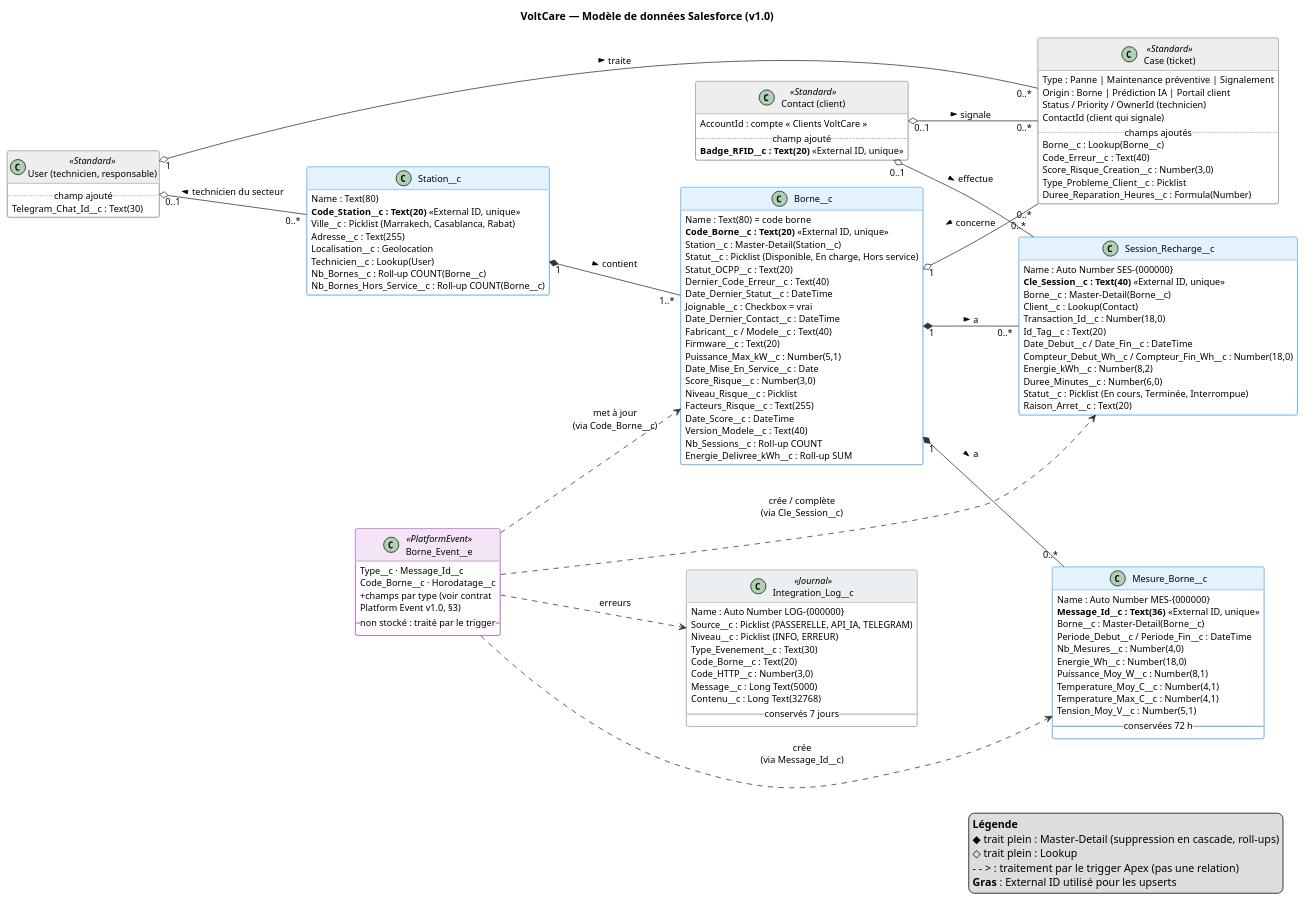
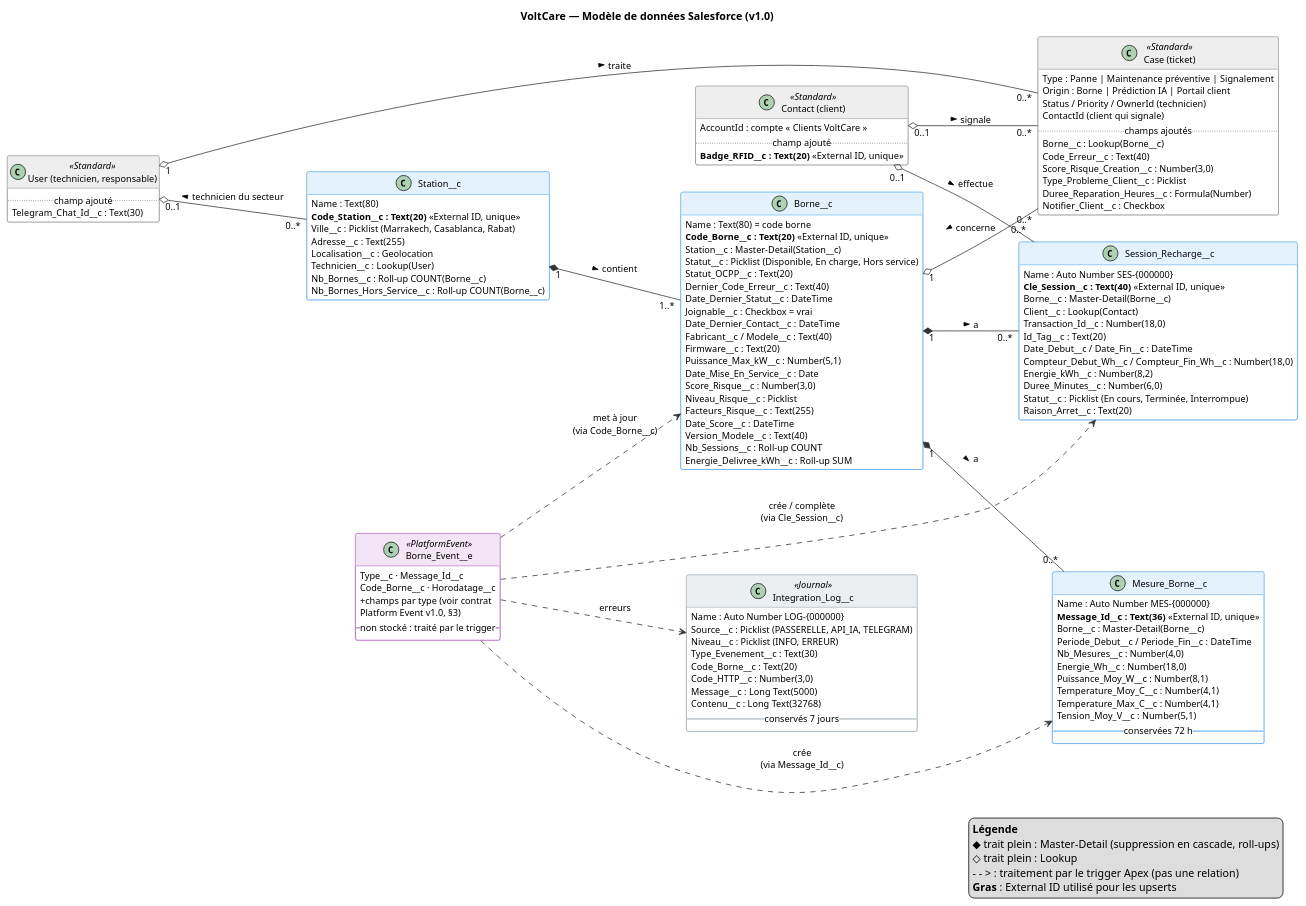
One commit to Bahaeeddine15/voltcare changed the diagram in docs/conception/modele-donnees.puml. Above: the diagram before and after it, drawn with PlantUML. The commit also changed 11 other files, not shown here.

Commit message:
VC-20 à VC-23 : diagrammes de séquence + dictionnaire v1.1 (#9)

```diff
--- a/docs/conception/modele-donnees.puml
+++ b/docs/conception/modele-donnees.puml
@@ -1,159 +1,160 @@
 @startuml modele-donnees
 ' VoltCare — Modèle de données Salesforce v1.0 (ticket S2 « Modèle de données »)
 ' Conforme aux contrats MQTT, Platform Event et API IA v1.0
 
 skinparam classAttributeIconSize 0
 skinparam shadowing false
 skinparam defaultFontName Arial
 skinparam defaultFontSize 12
 skinparam ArrowColor #333333
 skinparam class {
   BorderColor #1E88E5
   BackgroundColor #FFFFFF
   HeaderBackgroundColor #E3F2FD
 }
 skinparam class<<Standard>> {
   BorderColor #6D6D6D
   HeaderBackgroundColor #EEEEEE
 }
 skinparam class<<PlatformEvent>> {
   BorderColor #8E24AA
   HeaderBackgroundColor #F3E5F5
 }
 skinparam class<<Journal>> {
   BorderColor #78909C
   HeaderBackgroundColor #ECEFF1
 }
 hide empty methods
 left to right direction
 
 title VoltCare — Modèle de données Salesforce (v1.0)
 
 class "Station__c" as Station {
   {field} Name : Text(80)
   {field} <b>Code_Station__c : Text(20)</b> «External ID, unique»
   {field} Ville__c : Picklist (Marrakech, Casablanca, Rabat)
   {field} Adresse__c : Text(255)
   {field} Localisation__c : Geolocation
   {field} Technicien__c : Lookup(User)
   {field} Nb_Bornes__c : Roll-up COUNT(Borne__c)
   {field} Nb_Bornes_Hors_Service__c : Roll-up COUNT(Borne__c)
 }
 
 class "Borne__c" as Borne {
   {field} Name : Text(80) = code borne
   {field} <b>Code_Borne__c : Text(20)</b> «External ID, unique»
   {field} Station__c : Master-Detail(Station__c)
   {field} Statut__c : Picklist (Disponible, En charge, Hors service)
   {field} Statut_OCPP__c : Text(20)
   {field} Dernier_Code_Erreur__c : Text(40)
   {field} Date_Dernier_Statut__c : DateTime
   {field} Joignable__c : Checkbox = vrai
   {field} Date_Dernier_Contact__c : DateTime
   {field} Fabricant__c / Modele__c : Text(40)
   {field} Firmware__c : Text(20)
   {field} Puissance_Max_kW__c : Number(5,1)
   {field} Date_Mise_En_Service__c : Date
   {field} Score_Risque__c : Number(3,0)
   {field} Niveau_Risque__c : Picklist
   {field} Facteurs_Risque__c : Text(255)
   {field} Date_Score__c : DateTime
   {field} Version_Modele__c : Text(40)
   {field} Nb_Sessions__c : Roll-up COUNT
   {field} Energie_Delivree_kWh__c : Roll-up SUM
 }
 
 class "Session_Recharge__c" as Session {
   {field} Name : Auto Number SES-{000000}
   {field} <b>Cle_Session__c : Text(40)</b> «External ID, unique»
   {field} Borne__c : Master-Detail(Borne__c)
   {field} Client__c : Lookup(Contact)
   {field} Transaction_Id__c : Number(18,0)
   {field} Id_Tag__c : Text(20)
   {field} Date_Debut__c / Date_Fin__c : DateTime
   {field} Compteur_Debut_Wh__c / Compteur_Fin_Wh__c : Number(18,0)
   {field} Energie_kWh__c : Number(8,2)
   {field} Duree_Minutes__c : Number(6,0)
   {field} Statut__c : Picklist (En cours, Terminée, Interrompue)
   {field} Raison_Arret__c : Text(20)
 }
 
 class "Mesure_Borne__c" as Mesure {
   {field} Name : Auto Number MES-{000000}
   {field} <b>Message_Id__c : Text(36)</b> «External ID, unique»
   {field} Borne__c : Master-Detail(Borne__c)
   {field} Periode_Debut__c / Periode_Fin__c : DateTime
   {field} Nb_Mesures__c : Number(4,0)
   {field} Energie_Wh__c : Number(18,0)
   {field} Puissance_Moy_W__c : Number(8,1)
   {field} Temperature_Moy_C__c : Number(4,1)
   {field} Temperature_Max_C__c : Number(4,1)
   {field} Tension_Moy_V__c : Number(5,1)
   -- conservées 72 h --
 }
 
 class "Case (ticket)" as Case <<Standard>> {
   {field} Type : Panne | Maintenance préventive | Signalement
   {field} Origin : Borne | Prédiction IA | Portail client
   {field} Status / Priority / OwnerId (technicien)
   {field} ContactId (client qui signale)
   ..champs ajoutés..
   {field} Borne__c : Lookup(Borne__c)
   {field} Code_Erreur__c : Text(40)
   {field} Score_Risque_Creation__c : Number(3,0)
   {field} Type_Probleme_Client__c : Picklist
   {field} Duree_Reparation_Heures__c : Formula(Number)
+  {field} Notifier_Client__c : Checkbox
 }
 
 class "Contact (client)" as Contact <<Standard>> {
   {field} AccountId : compte « Clients VoltCare »
   ..champ ajouté..
   {field} <b>Badge_RFID__c : Text(20)</b> «External ID, unique»
 }
 
 class "User (technicien, responsable)" as User <<Standard>> {
   ..champ ajouté..
   {field} Telegram_Chat_Id__c : Text(30)
 }
 
 class "Integration_Log__c" as Log <<Journal>> {
   {field} Name : Auto Number LOG-{000000}
   {field} Source__c : Picklist (PASSERELLE, API_IA, TELEGRAM)
   {field} Niveau__c : Picklist (INFO, ERREUR)
   {field} Type_Evenement__c : Text(30)
   {field} Code_Borne__c : Text(20)
   {field} Code_HTTP__c : Number(3,0)
   {field} Message__c : Long Text(5000)
   {field} Contenu__c : Long Text(32768)
   -- conservés 7 jours --
 }
 
 class "Borne_Event__e" as Event <<PlatformEvent>> {
   {field} Type__c · Message_Id__c
   {field} Code_Borne__c · Horodatage__c
   {field} + champs par type (voir contrat
   {field} Platform Event v1.0, §3)
   -- non stocké : traité par le trigger --
 }
 
 Station "1" *-- "1..*" Borne : contient >
 Borne "1" *-- "0..*" Session : a >
 Borne "1" *-- "0..*" Mesure : a >
 Borne "1" o-- "0..*" Case : concerne <
 Contact "0..1" o-- "0..*" Session : effectue >
 Contact "0..1" o-- "0..*" Case : signale >
 User "0..1" o-- "0..*" Station : technicien du secteur <
 User "1" o-- "0..*" Case : traite >
 Event ..> Borne : met à jour\n(via Code_Borne__c)
 Event ..> Session : crée / complète\n(via Cle_Session__c)
 Event ..> Mesure : crée\n(via Message_Id__c)
 Event ..> Log : erreurs
 
 legend right
   <b>Légende</b>
   ◆ trait plein : Master-Detail (suppression en cascade, roll-ups)
   ◇ trait plein : Lookup
   - - > : traitement par le trigger Apex (pas une relation)
   <b>Gras</b> : External ID utilisé pour les upserts
 endlegend
 @enduml
```
